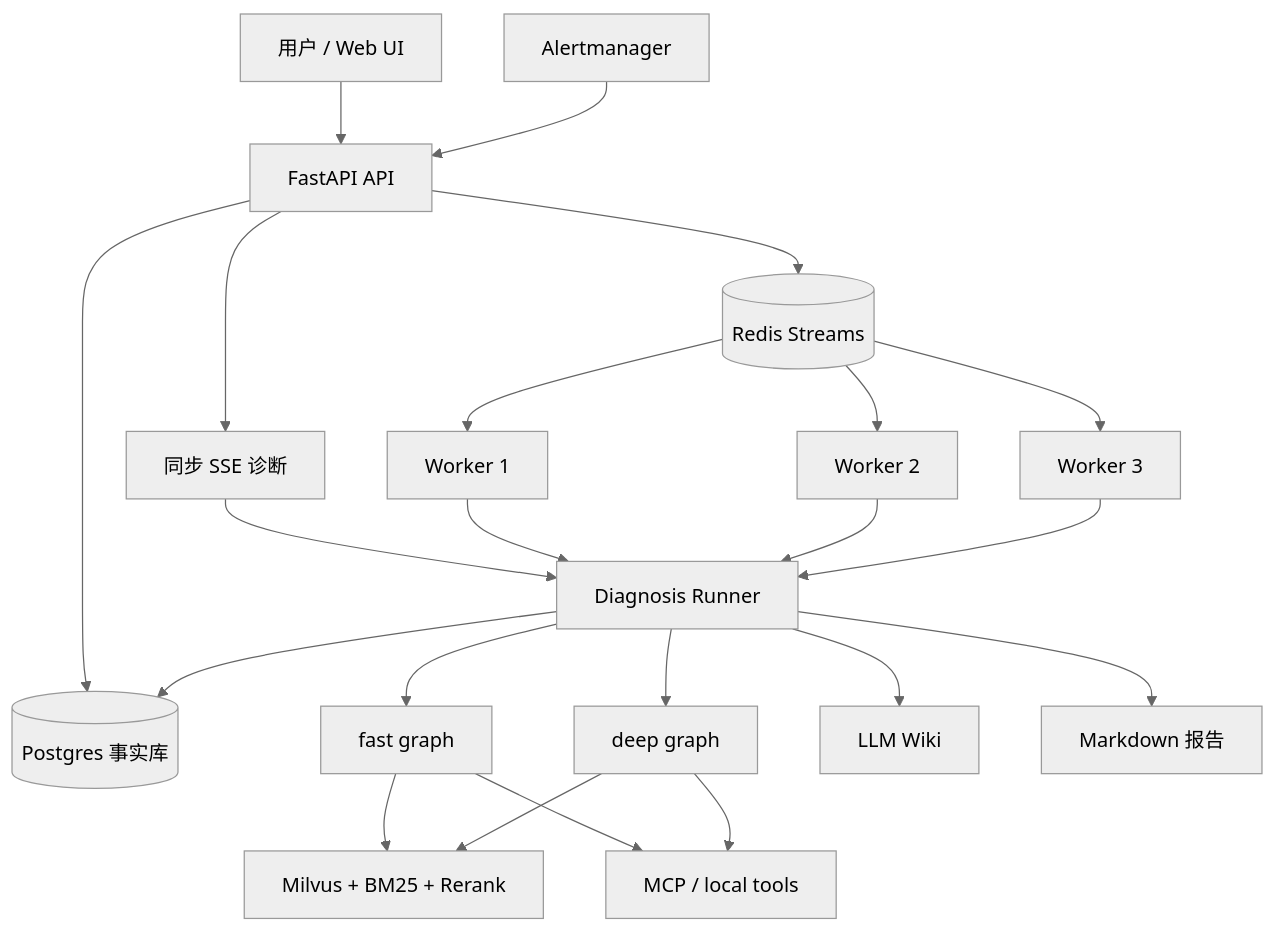
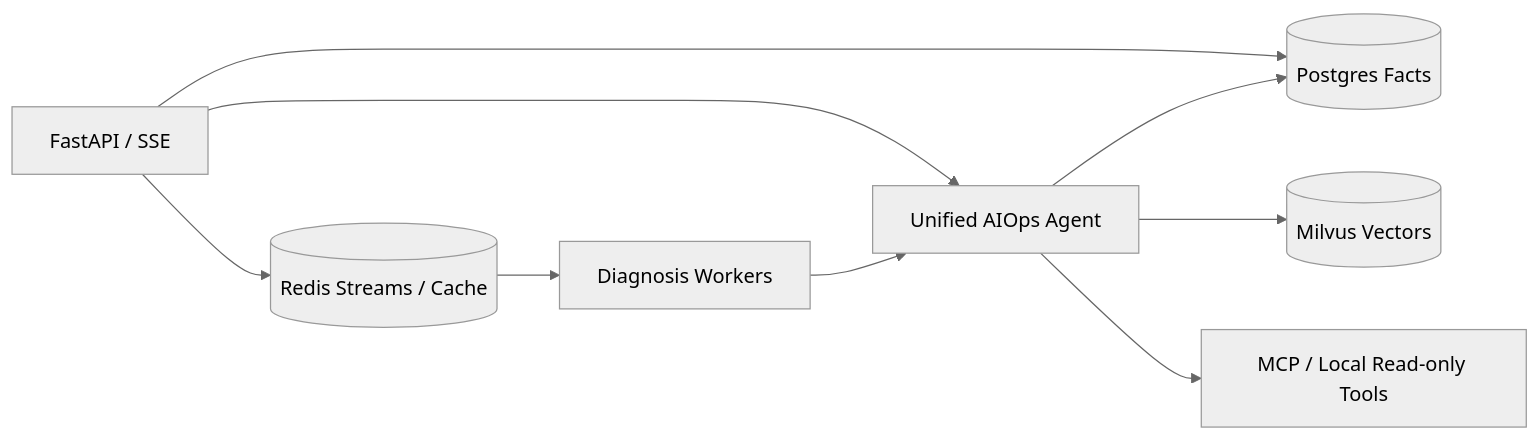
One commit to e-ntropy/aiops1.0 changed the second of 2 diagrams in docs/ARCHITECTURE.md. Above: the diagram before and after it, drawn with Mermaid (neutral theme). The commit also changed other lines of this file and 36 other files, not shown here.

Commit message:
feat: persist unified aiops incident learning loop

````diff
--- a/docs/ARCHITECTURE.md
+++ b/docs/ARCHITECTURE.md
@@ -83,30 +60,11 @@
 ```mermaid
-flowchart TD
-    User["用户 / Web UI"] --> API["FastAPI API"]
-    Alertmanager --> API
-
-    API --> Sync["同步 SSE 诊断"]
-    API --> Facts[("Postgres 事实库")]
-    API --> Queue[("Redis Streams")]
-
-    Queue --> W1["Worker 1"]
-    Queue --> W2["Worker 2"]
-    Queue --> W3["Worker 3"]
-
-    Sync --> Runner["Diagnosis Runner"]
-    W1 --> Runner
-    W2 --> Runner
-    W3 --> Runner
-
-    Runner --> Fast["fast graph"]
-    Runner --> Deep["deep graph"]
-
-    Fast --> RAG["Milvus + BM25 + Rerank"]
-    Deep --> RAG
-    Fast --> MCP["MCP / local tools"]
-    Deep --> MCP
-
-    Runner --> Facts
-    Runner --> Wiki["LLM Wiki"]
-    Runner --> Report["Markdown 报告"]
+flowchart LR
+    API["FastAPI / SSE"] --> PG[("Postgres Facts")]
+    API --> Redis[("Redis Streams / Cache")]
+    Redis --> Worker["Diagnosis Workers"]
+    API --> Agent["Unified AIOps Agent"]
+    Worker --> Agent
+    Agent --> Milvus[("Milvus Vectors")]
+    Agent --> MCP["MCP / Local Read-only Tools"]
+    Agent --> PG
 ```
````
